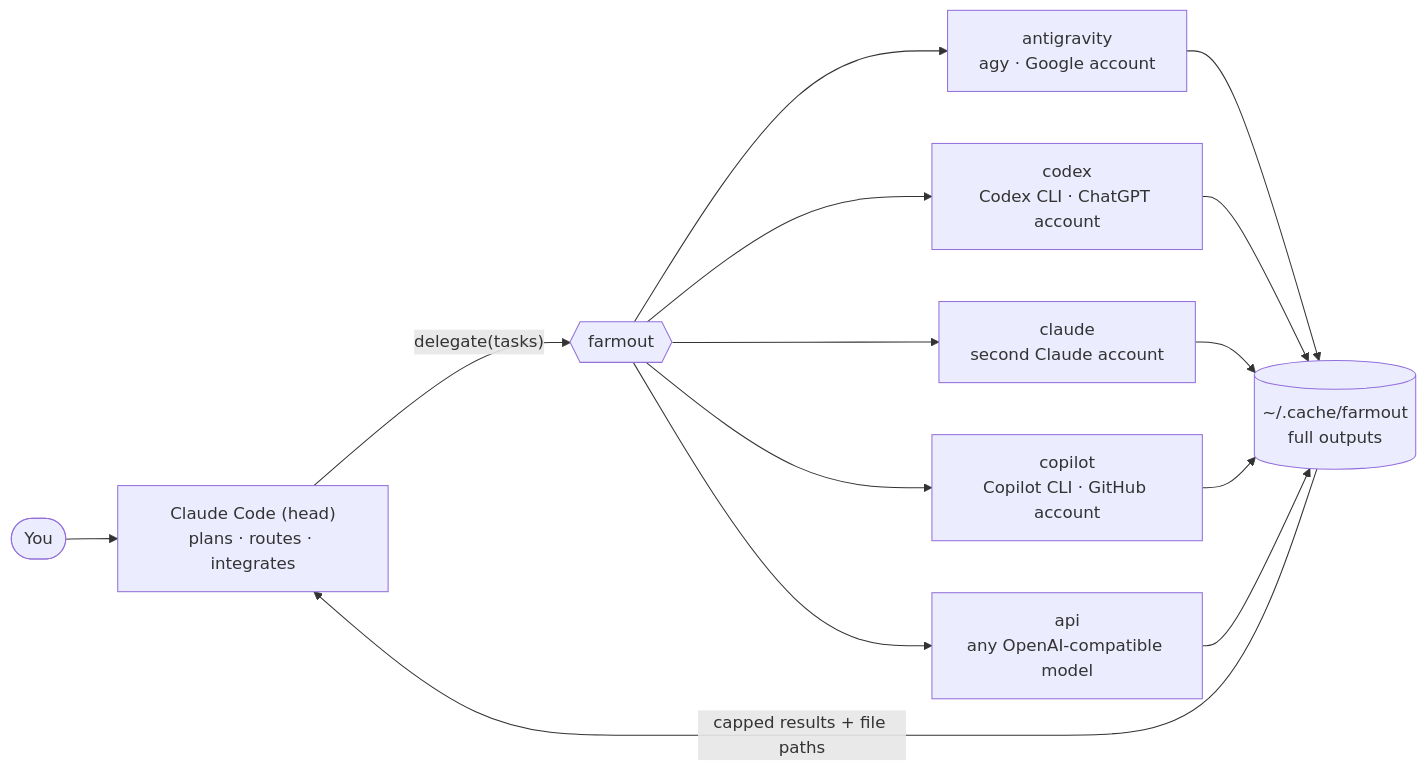
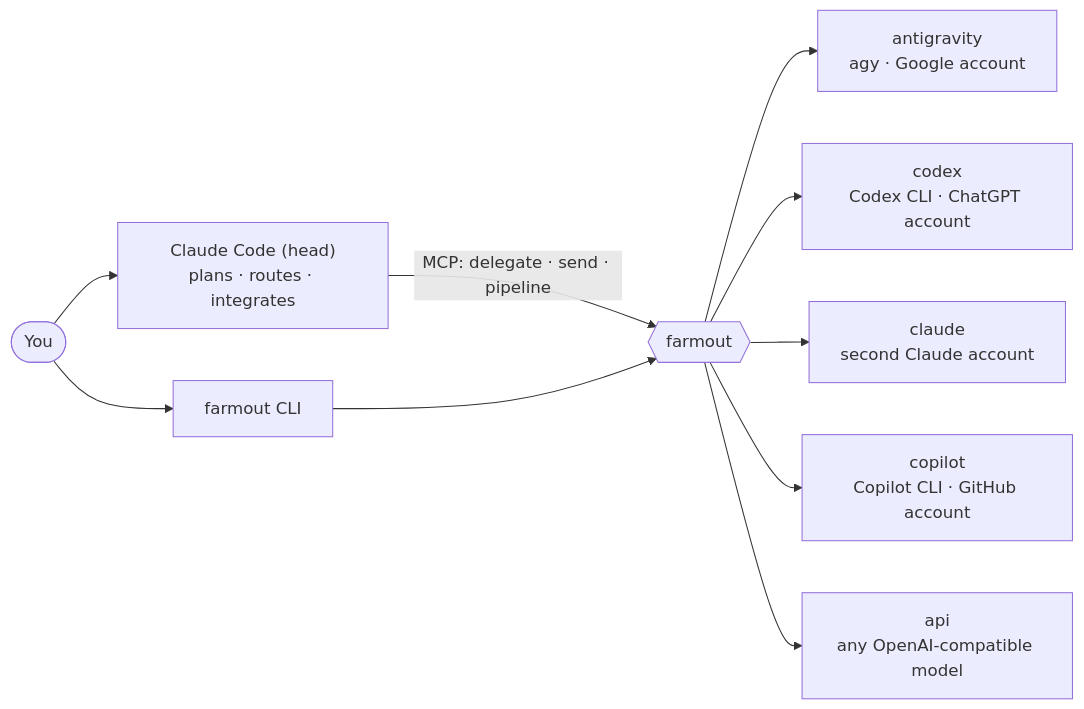
The diagram in README.md (JayPokale/farmout), drawn with Mermaid before and after one commit. The commit also changed other lines of this file and 7 other files, not shown here.

````diff
--- a/README.md
+++ b/README.md
@@ -33,12 +180,12 @@
 ```mermaid
 flowchart LR
     you([You]) --> head["Claude Code (head)<br/>plans · routes · integrates"]
-    head -- "delegate(tasks)" --> mux{{farmout}}
-    mux --> ag["antigravity<br/>agy · Google account"]
-    mux --> cx["codex<br/>Codex CLI · ChatGPT account"]
-    mux --> cl["claude<br/>second Claude account"]
-    mux --> cp["copilot<br/>Copilot CLI · GitHub account"]
-    mux --> oa["api<br/>any OpenAI-compatible model"]
-    ag & cx & cl & cp & oa --> disk[("~/.cache/farmout<br/>full outputs")]
-    disk -- "capped results + file paths" --> head
+    you --> cli["farmout CLI"]
+    head -- "MCP: delegate · send · pipeline" --> fo{{farmout}}
+    cli --> fo
+    fo --> ag["antigravity<br/>agy · Google account"]
+    fo --> cx["codex<br/>Codex CLI · ChatGPT account"]
+    fo --> cl["claude<br/>second Claude account"]
+    fo --> cp["copilot<br/>Copilot CLI · GitHub account"]
+    fo --> oa["api<br/>any OpenAI-compatible model"]
 ```
````
